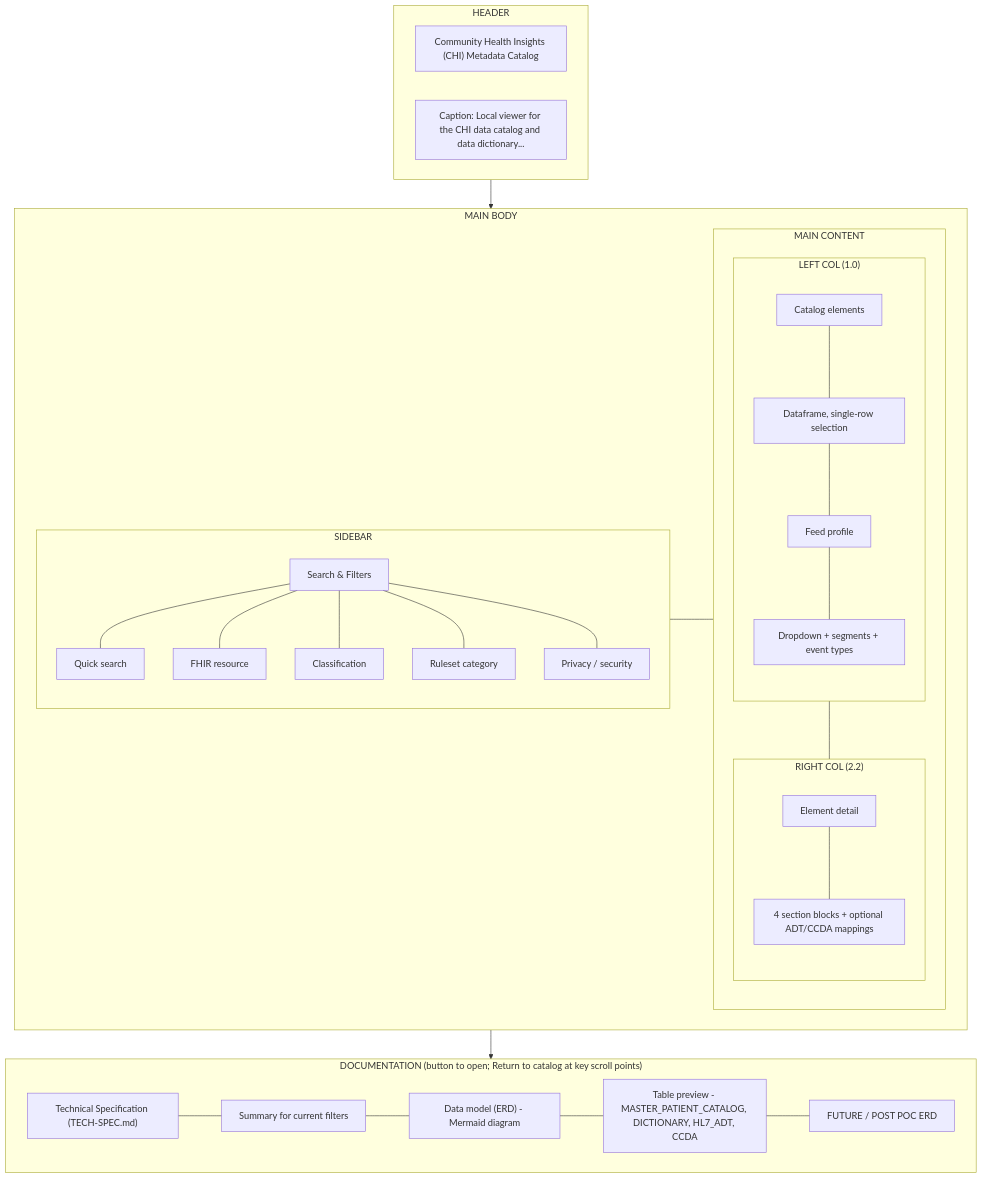
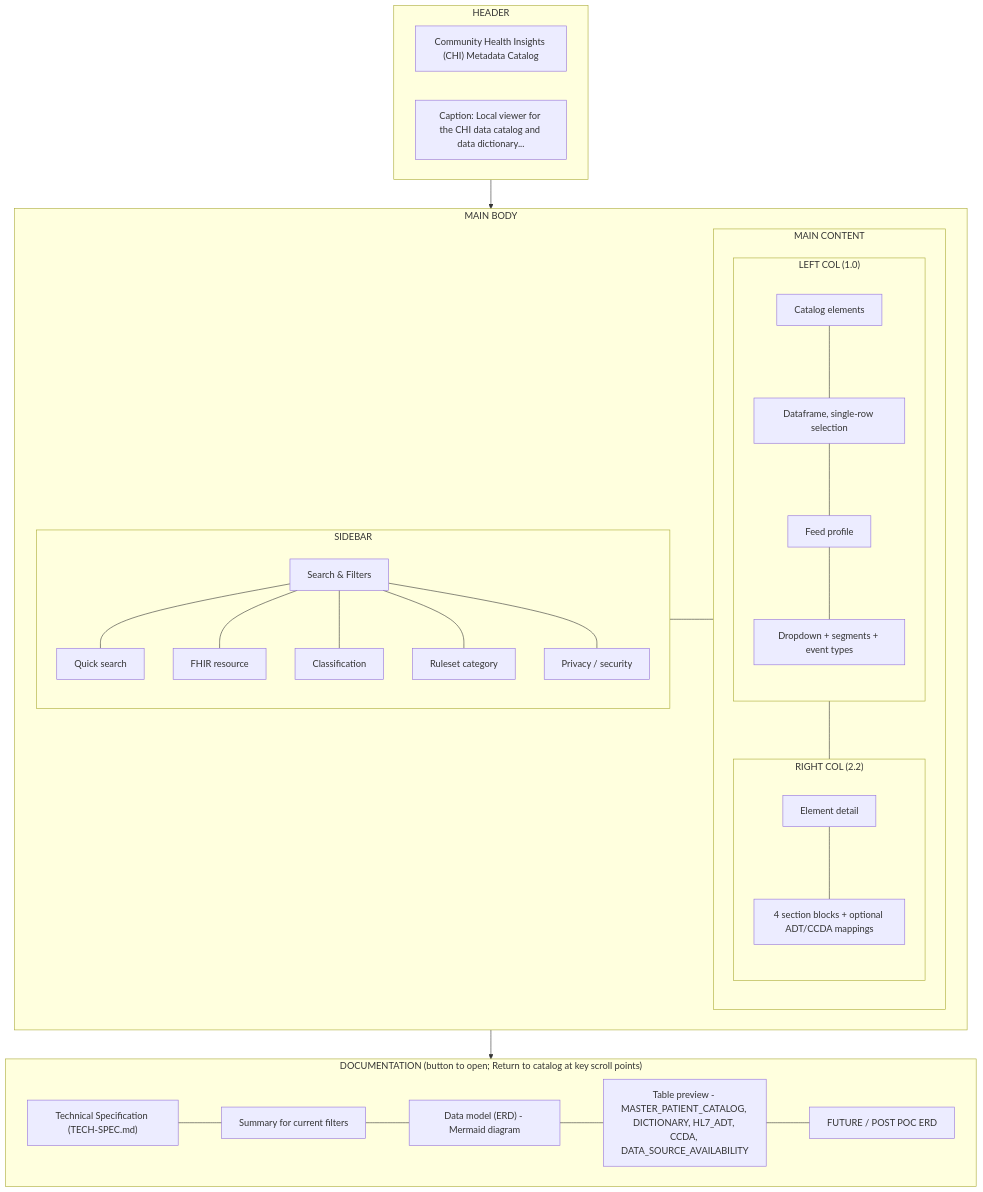
The second of 2 diagrams in TECH-SPEC.md (ajayprashar/chi-data-dictionary-catalog), drawn with Mermaid before and after one commit. The commit also changed other lines of this file and 1330 other files, not shown here.

````diff
--- a/TECH-SPEC.md
+++ b/TECH-SPEC.md
@@ -581,60 +590,60 @@
 ```mermaid
 flowchart TB
     subgraph Header["HEADER"]
         Title["Community Health Insights (CHI) Metadata Catalog"]
         Caption["Caption: Local viewer for the CHI data catalog and data dictionary..."]
     end
 
     subgraph Body["MAIN BODY"]
         subgraph Sidebar["SIDEBAR"]
             Search["Search & Filters"]
             QuickSearch["Quick search"]
             FHIR["FHIR resource"]
             Class["Classification"]
             Ruleset["Ruleset category"]
             Privacy["Privacy / security"]
             Search --- QuickSearch
             Search --- FHIR
             Search --- Class
             Search --- Ruleset
             Search --- Privacy
         end
 
         subgraph MainContent["MAIN CONTENT"]
             subgraph LeftCol["LEFT COL (1.0)"]
                 ListTitle["Catalog elements"]
                 ListDesc["Dataframe, single-row selection"]
                 FeedTitle["Feed profile"]
                 FeedDesc["Dropdown + segments + event types"]
                 ListTitle --- ListDesc
                 ListDesc --- FeedTitle
                 FeedTitle --- FeedDesc
             end
 
             subgraph RightCol["RIGHT COL (2.2)"]
                 DetailTitle["Element detail"]
                 DetailDesc["4 section blocks + optional ADT/CCDA mappings"]
                 DetailTitle --- DetailDesc
             end
 
             LeftCol --- RightCol
         end
 
         Sidebar --- MainContent
     end
 
     subgraph Footer["DOCUMENTATION (button to open; Return to catalog at key scroll points)"]
         DocSpec["Technical Specification (TECH-SPEC.md)"]
         DocSummary["Summary for current filters"]
         DocERD["Data model (ERD) - Mermaid diagram"]
-        DocTables["Table preview - MASTER_PATIENT_CATALOG, DICTIONARY, HL7_ADT, CCDA"]
+        DocTables["Table preview - MASTER_PATIENT_CATALOG, DICTIONARY, HL7_ADT, CCDA, DATA_SOURCE_AVAILABILITY"]
         DocFuture["FUTURE / POST POC ERD"]
         DocSpec --- DocSummary
         DocSummary --- DocERD
         DocERD --- DocTables
         DocTables --- DocFuture
     end
 
     Header --> Body
     Body --> Footer
 ```
````
